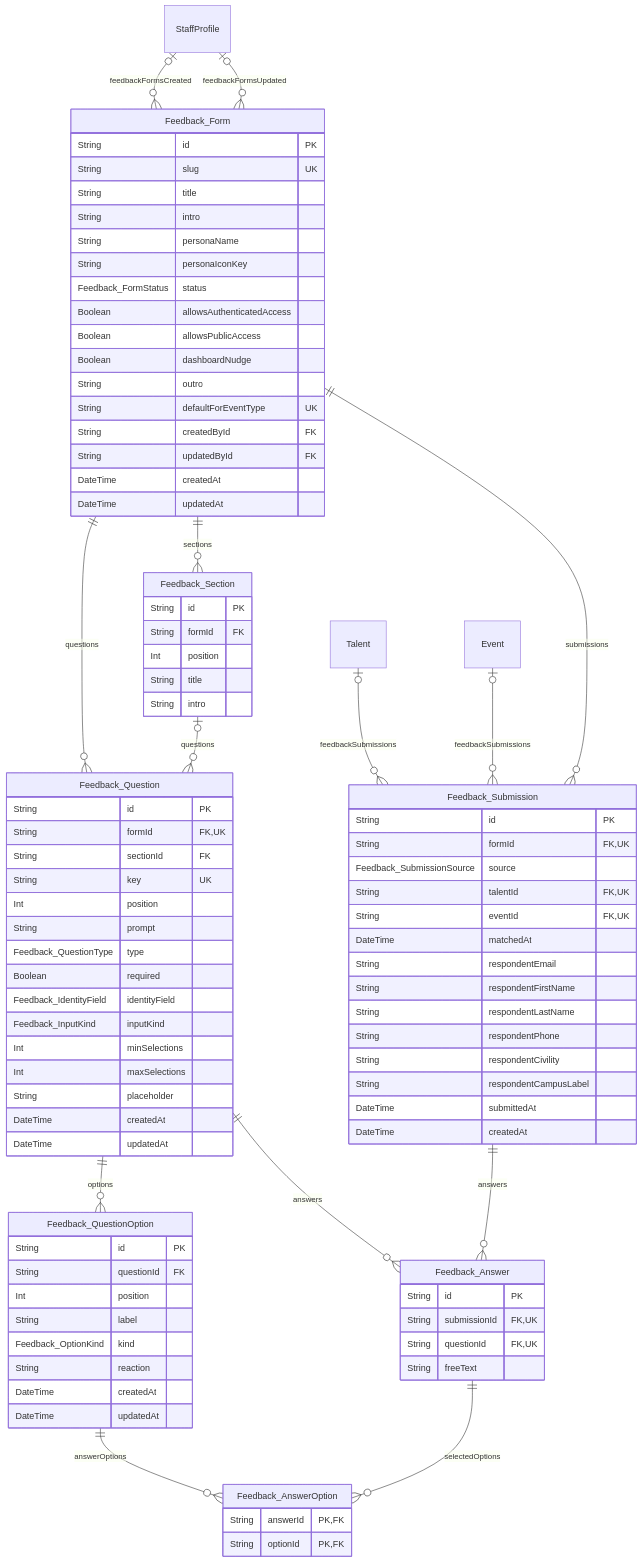
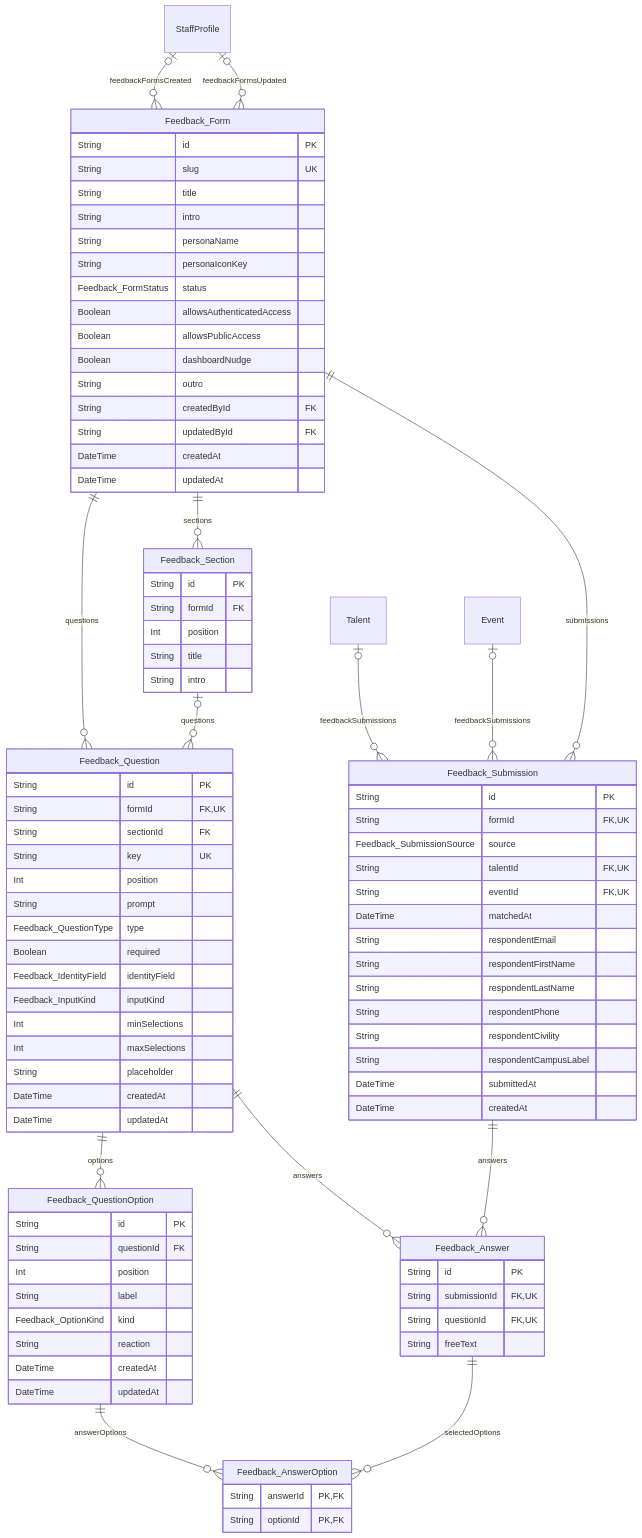
One commit to Manta-Epitech-Academy/jump changed the seventh of 10 diagrams in frontend/docs/database.md. Above: the diagram before and after it, drawn with Mermaid. The commit also changed other lines of this file and 43 other files, not shown here.

First line of the commit message:
refactor(events): retire Event.eventType

```diff
--- a/frontend/docs/database.md
+++ b/frontend/docs/database.md
@@ -553,7 +551,6 @@
     Boolean allowsPublicAccess
     Boolean dashboardNudge
     String outro
-    String defaultForEventType UK
     String createdById FK
     String updatedById FK
     DateTime createdAt
```
